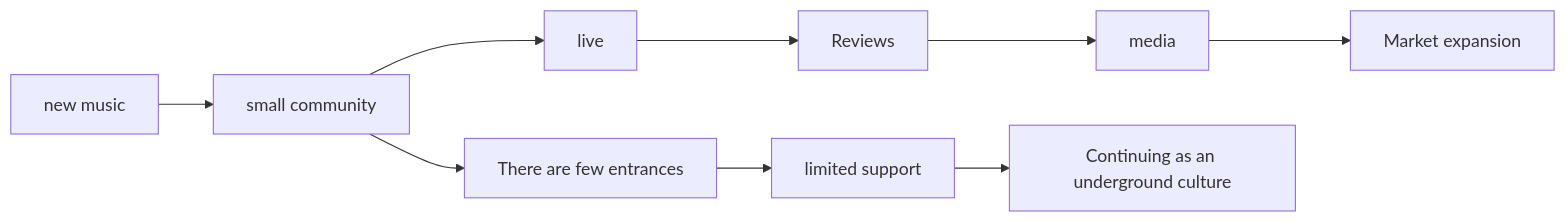
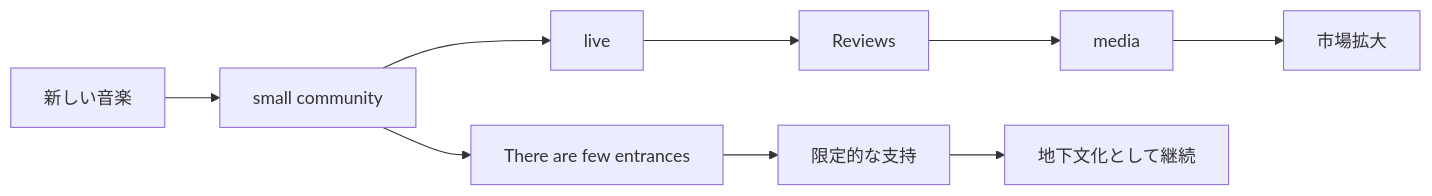
One commit to monumental-movement/monumental-movement.github.io changed the first of 5 diagrams in en/_posts/2026-07-25-column-why-some-genres-never-go-mainstream.md. Above: the diagram before and after it, drawn with Mermaid. The commit also changed other lines of this file and 2196 other files, not shown here.

```diff
--- a/en/_posts/2026-07-25-column-why-some-genres-never-go-mainstream.md
+++ b/en/_posts/2026-07-25-column-why-some-genres-never-go-mainstream.md
@@ -340,13 +340,13 @@
 <div class="mermaid">
 flowchart LR
 
-A[new music] --> B[small community]
+A[新しい音楽] --> B[small community]
 B --> C[live]
 C --> D[Reviews]
 D --> E[media]
-E --> F[Market expansion]
+E --> F[市場拡大]
 
 B --> G[There are few entrances]
-G --> H[limited support]
-H --> I[Continuing as an underground culture]
+G --> H[限定的な支持]
+H --> I[地下文化として継続]
 </div>
```
